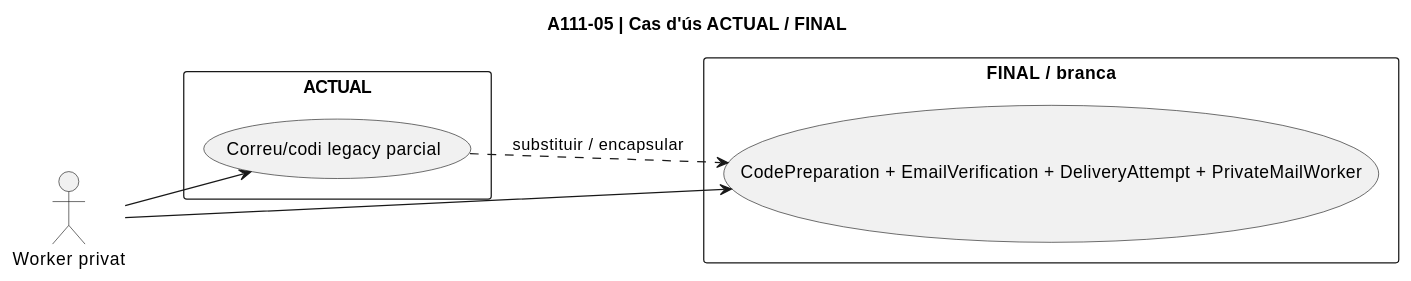
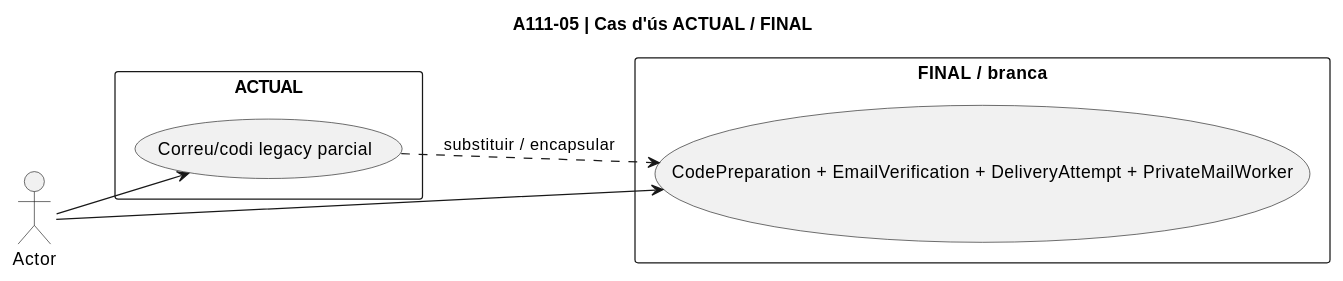
One commit to orgmeriemprismacat-del/verifactu changed diagram 17 of 48 in documentacio/07-uml-integrat/uc-111-diagrames-per-accio.md. Above: the diagram before and after it, drawn with PlantUML. The commit also changed other lines of this file, not shown here.

Commit message:
docs UC-111 diagrams: remove duplicate sequence actors and use stable action-card links

````diff
--- a/documentacio/07-uml-integrat/uc-111-diagrames-per-accio.md
+++ b/documentacio/07-uml-integrat/uc-111-diagrames-per-accio.md
@@ -325,16 +317,15 @@
 ```plantuml
 @startuml
 title A111-05 | Cas d'ús ACTUAL / FINAL
 left to right direction
-actor "Worker privat" as Actor
 rectangle "ACTUAL" {
   usecase "Correu/codi legacy parcial" as Current
 }
 rectangle "FINAL / branca" {
   usecase "CodePreparation + EmailVerification + DeliveryAttempt + PrivateMailWorker" as Target
 }
 Actor --> Current
 Actor --> Target
 Current ..> Target : substituir / encapsular
 @enduml
 ```
````
